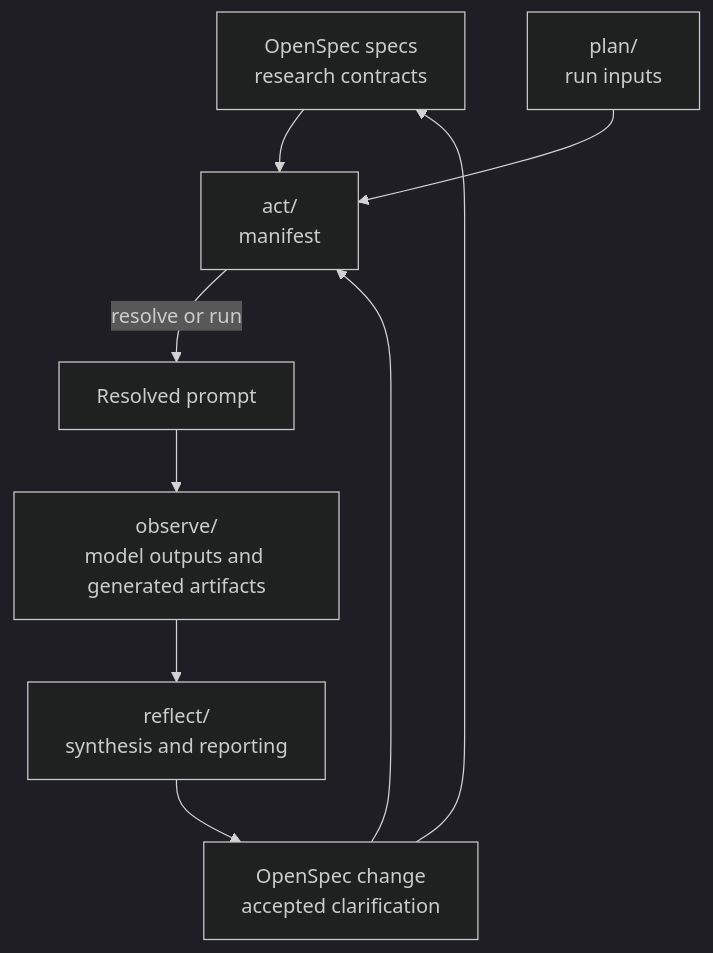
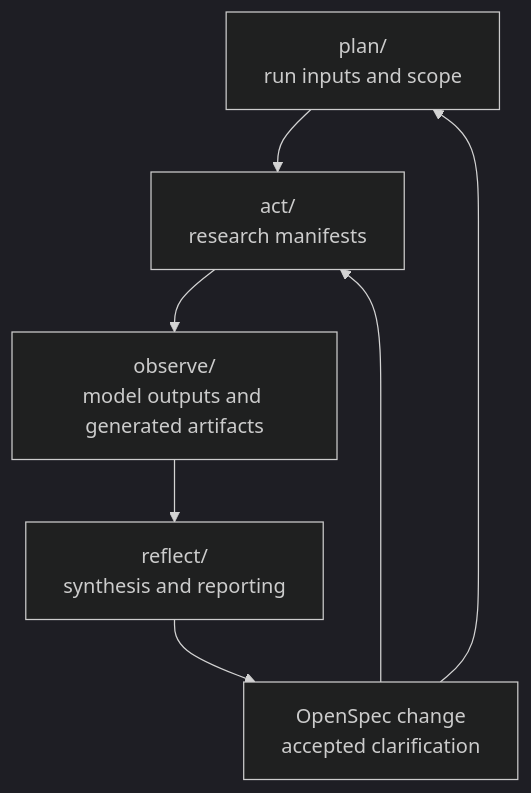
The first of 2 diagrams in README.md (dtcc-platform/udt-platforms-mapping), drawn with Mermaid (dark theme) before and after one commit. The commit also changed other lines of this file, not shown here.

Commit message:
Align README diagrams with sections

````diff
--- a/README.md
+++ b/README.md
@@ -111,19 +38,15 @@
 ```mermaid
 flowchart TD
-    S["OpenSpec specs\nresearch contracts"]
-    P["plan/\nrun inputs"]
-    A["act/\nmanifest"]
-    R["Resolved prompt"]
+    P["plan/\nrun inputs and scope"]
+    A["act/\nresearch manifests"]
     O["observe/\nmodel outputs and generated artifacts"]
     F["reflect/\nsynthesis and reporting"]
     C["OpenSpec change\naccepted clarification"]
 
-    S --> A
     P --> A
-    A -->|resolve or run| R
-    R --> O
+    A --> O
     O --> F
     F --> C
-    C --> S
+    C --> P
     C --> A
 ```
````
